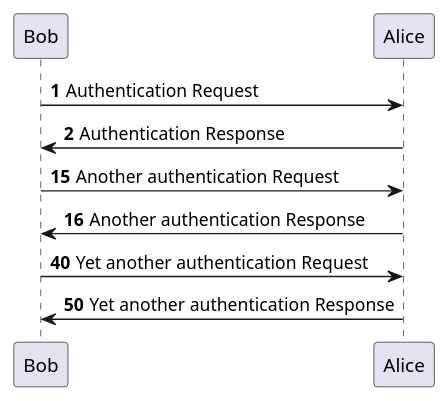
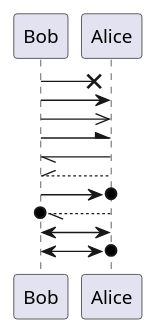
One commit to SebastianCGE/req-mgmt changed the second of 2 diagrams in docs/source/requirements.rst. Above: the diagram before and after it, drawn with PlantUML. The commit also changed other lines of this file, not shown here.

Commit message:
Different UML diagram in requirements.rst

```diff
--- a/docs/source/requirements.rst
+++ b/docs/source/requirements.rst
@@ -46,12 +46,13 @@
 .. uml::
-  autonumber
-  Bob -> Alice : Authentication Request
-  Bob <- Alice : Authentication Response
+  Bob ->x Alice
+  Bob -> Alice
+  Bob ->> Alice
+  Bob -\ Alice
+  Bob \\- Alice
+  Bob //-- Alice
 
-  autonumber 15
-  Bob -> Alice : Another authentication Request
-  Bob <- Alice : Another authentication Response
+  Bob ->o Alice
+  Bob o\\-- Alice
 
-  autonumber 40 10
-  Bob -> Alice : Yet another authentication Request
-  Bob <- Alice : Yet another authentication Response
+  Bob <-> Alice
+  Bob <->o Alice
```
